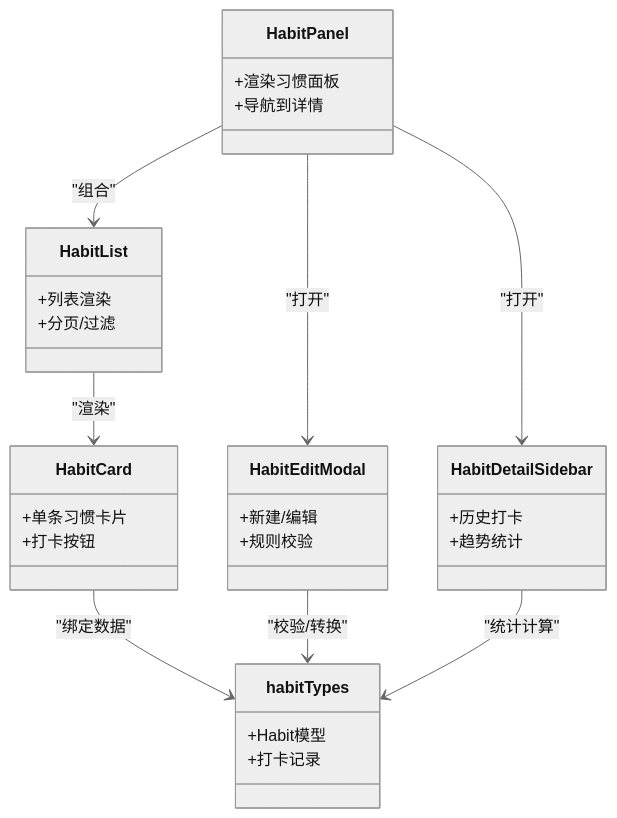
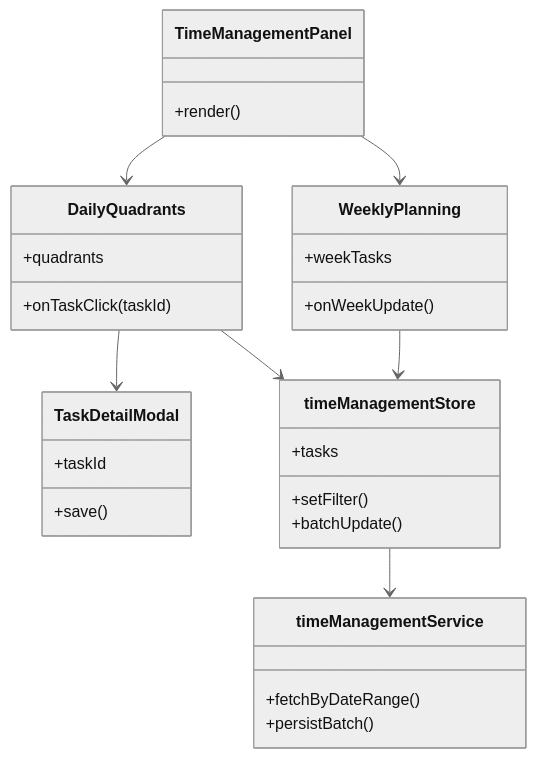
The seventh of 9 diagrams in .qoder/repowiki/zh/content/核心功能模块/核心功能模块.md (gzdxhujiale/FishWorker), drawn with Mermaid (neutral theme) before and after one commit. The commit also changed other lines of this file and 238 other files, not shown here.

````diff
--- a/.qoder/repowiki/zh/content/核心功能模块/核心功能模块.md
+++ b/.qoder/repowiki/zh/content/核心功能模块/核心功能模块.md
@@ -332,34 +369,33 @@
 ```mermaid
 classDiagram
-class HabitPanel {
-+渲染习惯面板
-+导航到详情
+class TimeManagementPanel {
++render()
 }
-class HabitList {
-+列表渲染
-+分页/过滤
+class DailyQuadrants {
++quadrants
++onTaskClick(taskId)
 }
-class HabitCard {
-+单条习惯卡片
-+打卡按钮
+class WeeklyPlanning {
++weekTasks
++onWeekUpdate()
 }
-class HabitEditModal {
-+新建/编辑
-+规则校验
+class TaskDetailModal {
++taskId
++save()
 }
-class HabitDetailSidebar {
-+历史打卡
-+趋势统计
+class timeManagementStore {
++tasks
++setFilter()
++batchUpdate()
 }
-class habitTypes {
-+Habit模型
-+打卡记录
+class timeManagementService {
++fetchByDateRange()
++persistBatch()
 }
-HabitPanel --> HabitList : "组合"
-HabitList --> HabitCard : "渲染"
-HabitPanel --> HabitEditModal : "打开"
-HabitPanel --> HabitDetailSidebar : "打开"
-HabitCard --> habitTypes : "绑定数据"
-HabitEditModal --> habitTypes : "校验/转换"
-HabitDetailSidebar --> habitTypes : "统计计算"
+TimeManagementPanel --> DailyQuadrants
+TimeManagementPanel --> WeeklyPlanning
+DailyQuadrants --> TaskDetailModal
+DailyQuadrants --> timeManagementStore
+WeeklyPlanning --> timeManagementStore
+timeManagementStore --> timeManagementService
 ```
````
